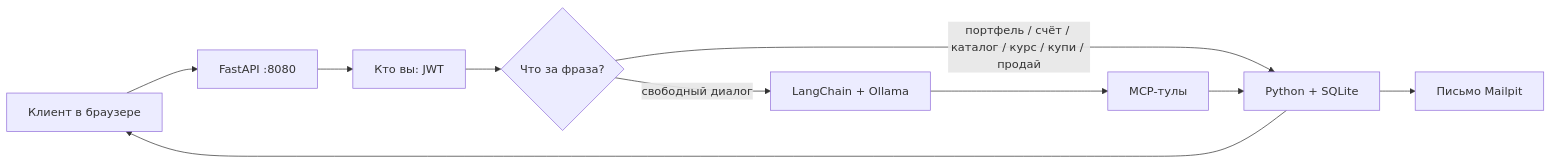
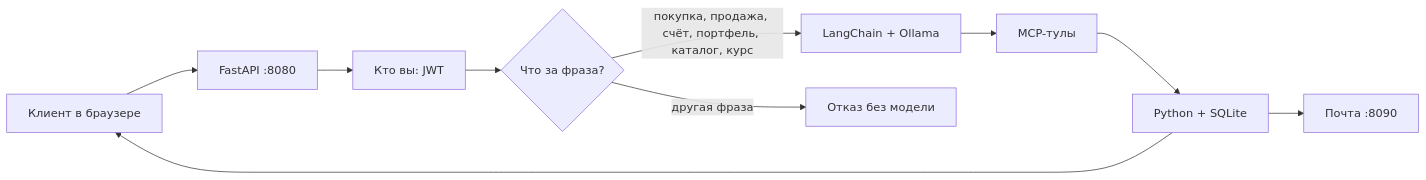
Before and after one commit to truchekaterina/mlsecops_agent: the first of 4 diagrams in docs/ДОКУМЕНТАЦИЯ.md, drawn with Mermaid. The commit also changed other lines of this file and 10 other files, not shown here.

````diff
--- a/docs/ДОКУМЕНТАЦИЯ.md
+++ b/docs/ДОКУМЕНТАЦИЯ.md
@@ -41,12 +39,12 @@
 ```mermaid
 flowchart LR
   U[Клиент в браузере] --> W[FastAPI :8080]
   W --> A[Кто вы: JWT]
   A --> R{Что за фраза?}
-  R -->|портфель / счёт / каталог / курс / купи / продай| P[Python + SQLite]
-  R -->|свободный диалог| L[LangChain + Ollama]
+  R -->|покупка, продажа, счёт, портфель, каталог, курс| L[LangChain + Ollama]
+  R -->|другая фраза| X[Отказ без модели]
   L --> M[MCP-тулы]
-  M --> P
+  M --> P[Python + SQLite]
   P --> U
-  P --> E[Письмо Mailpit]
+  P --> E[Почта :8090]
 ```
````
